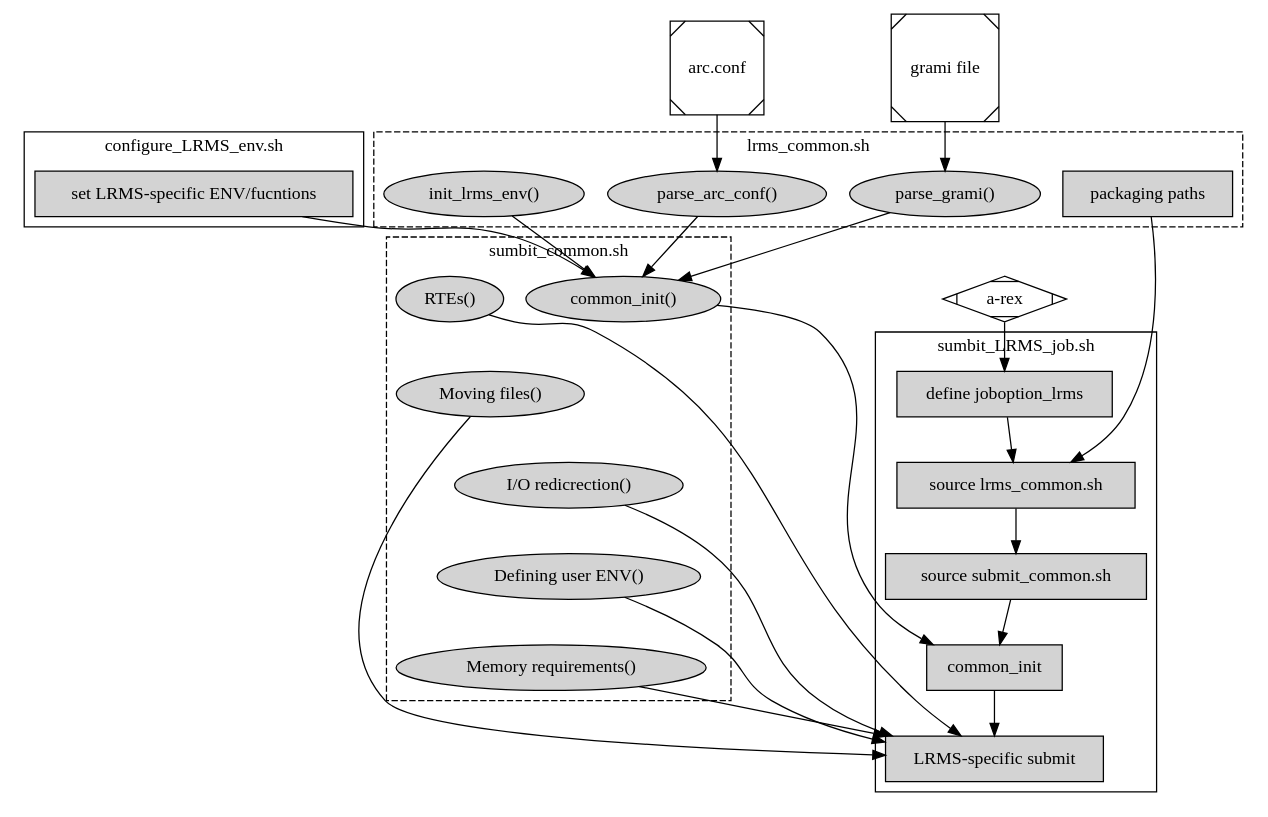
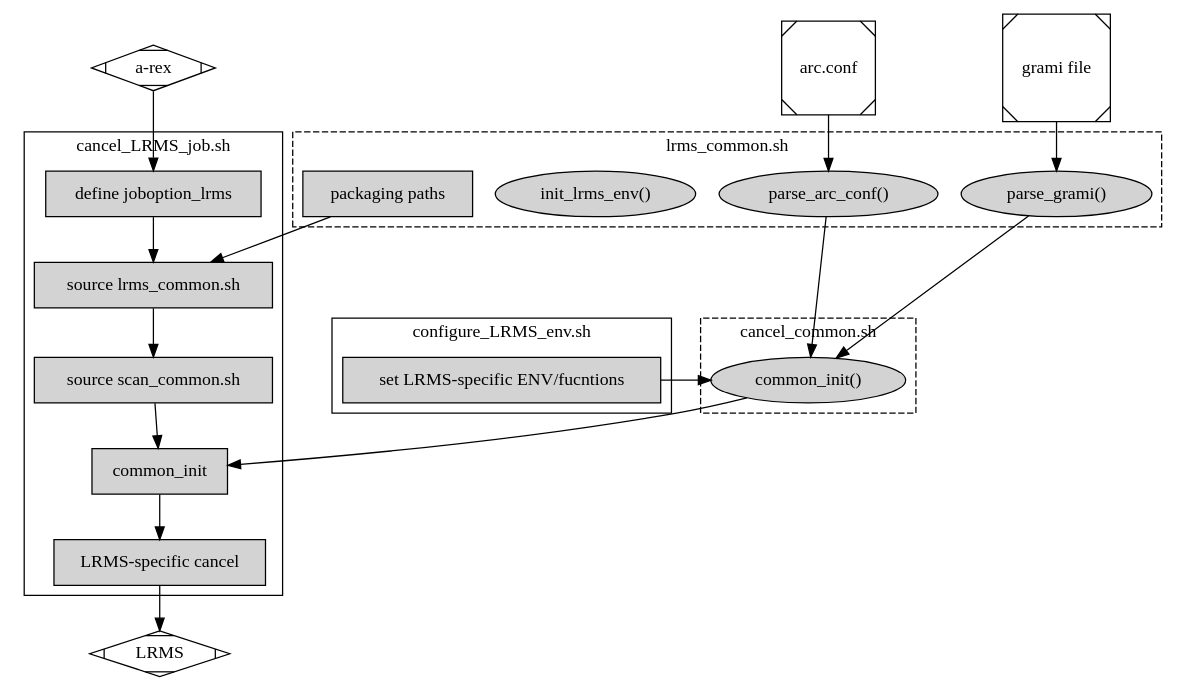
Before and after one commit to nordugrid/arc: the third of 3 diagrams in src/services/a-rex/lrms/README.lrmsconfig.rst, drawn with Graphviz. The commit also changed other lines of this file and 6 other files, not shown here.

Commit message:
scan and cancell common flow reworked

```diff
--- a/src/services/a-rex/lrms/README.lrmsconfig.rst
+++ b/src/services/a-rex/lrms/README.lrmsconfig.rst
@@ -111,50 +244,50 @@
 .. graphviz::
 
    digraph {
        subgraph cluster_0 {
           node [style=filled, shape=Rectangle];
-          label = "sumbit_LRMS_job.sh";
-          "define joboption_lrms" -> "source lrms_common.sh" -> "source submit_common.sh";
-          "source submit_common.sh" -> "common_init" -> "LRMS-specific submit";
+          label = "cancel_LRMS_job.sh";
+          lslogic [ label="LRMS-specific cancel" ];
+          "define joboption_lrms" -> "source lrms_common.sh" -> "source scan_common.sh";
+          "source scan_common.sh" -> "common_init" -> lslogic;
        }
 
        subgraph cluster_1 {
-          label = "sumbit_common.sh";
+          label = "cancel_common.sh";
           style = "dashed";
           node [style=filled];
           "common_init()";
-          "RTEs()" -> "LRMS-specific submit";
-          "Moving files()" -> "LRMS-specific submit";
-          "I/O redicrection()" -> "LRMS-specific submit";
-          "Defining user ENV()" -> "LRMS-specific submit";
-          "Memory requirements()" -> "LRMS-specific submit";
-          "RTEs()" -> "Moving files()" -> "I/O redicrection()" -> "Defining user ENV()" -> "Memory requirements()" [style=invis];
         }
 
         subgraph cluster_2 {
            label = "lrms_common.sh";
            style = "dashed";
            node [style=filled];
           "packaging paths" -> "source lrms_common.sh";
           "parse_arc_conf()" -> "common_init()";
+          "init_lrms_env()" 
           "parse_grami()" -> "common_init()";
-          "init_lrms_env()" -> "common_init()";
           "packaging paths" [shape=Rectangle]
         }
 
         subgraph cluster_3 {
           label = "configure_LRMS_env.sh";
           node [style=filled, shape=Rectangle];
           "set LRMS-specific ENV/fucntions"  -> "common_init()";
         }
 
         "a-rex" -> "define joboption_lrms";
         "common_init()" -> "common_init"
 
         "arc.conf" -> "parse_arc_conf()";
         "grami file" -> "parse_grami()";
+        lslogic -> "LRMS";
+
+        # rank hack
+        "source lrms_common.sh" -> "set LRMS-specific ENV/fucntions" [style=invis];
 
         "a-rex" [shape=Mdiamond];
         "grami file" [shape=Msquare];
         "arc.conf" [shape=Msquare];
+        "LRMS" [shape=Mdiamond];
     }
```
